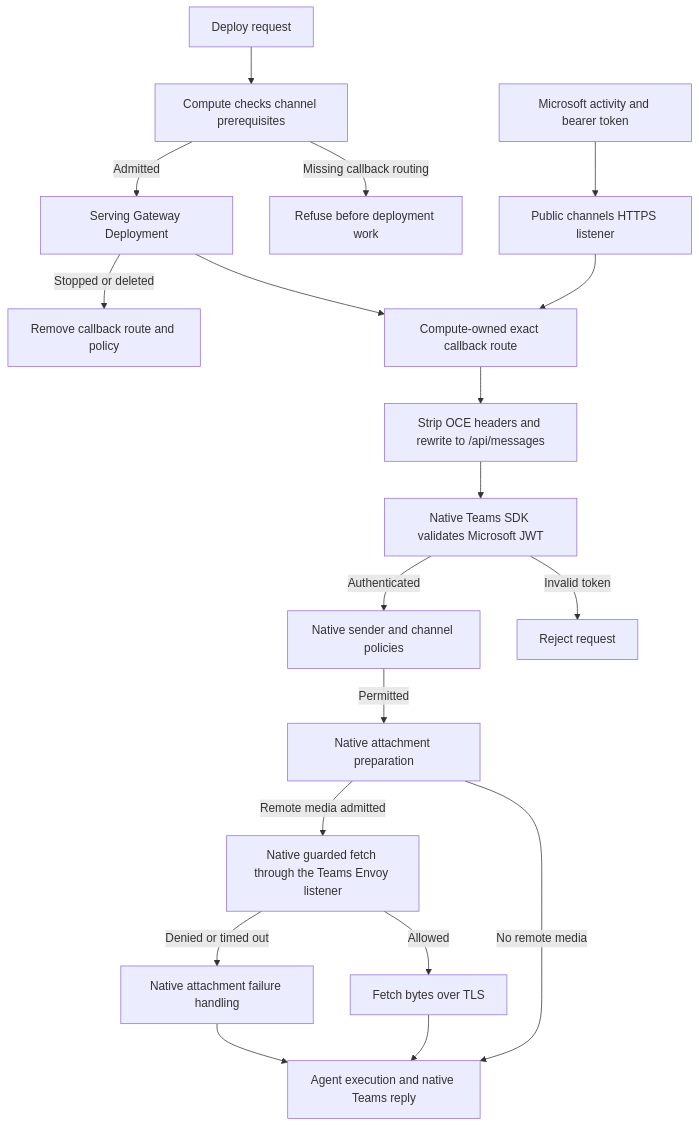
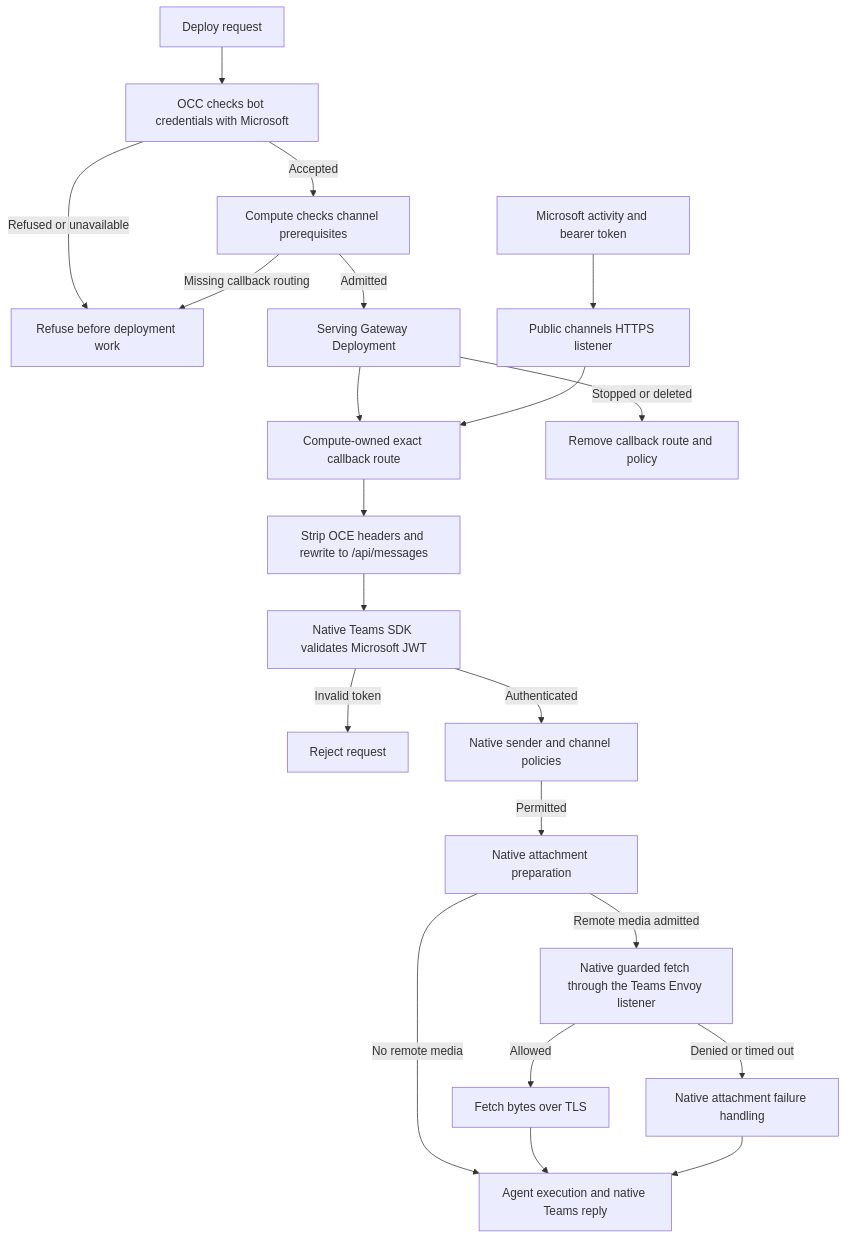
The diagram in docs/flows/agent-channel-ingress.md (raw-labs/openclaw-enterprise), drawn with Mermaid before and after one commit. The commit also changed other lines of this file and 13 other files, not shown here.

````diff
--- a/docs/flows/agent-channel-ingress.md
+++ b/docs/flows/agent-channel-ingress.md
@@ -29,21 +29,23 @@
 ```mermaid
 graph TD
-  I["Deploy request"] --> V["Compute checks channel prerequisites"]
+  I["Deploy request"] --> O["OCC checks bot credentials with Microsoft"]
+  O -->|"Refused or unavailable"| E
+  O -->|"Accepted"| V["Compute checks channel prerequisites"]
   V -->|"Missing callback routing"| E["Refuse before deployment work"]
   V -->|"Admitted"| D
   D["Serving Gateway Deployment"] --> R["Compute-owned exact callback route"]
   M["Microsoft activity and bearer token"] --> L["Public channels HTTPS listener"]
   L --> R
   R --> H["Strip OCE headers and rewrite to /api/messages"]
   H --> S["Native Teams SDK validates Microsoft JWT"]
   S -->|"Invalid token"| X["Reject request"]
   S -->|"Authenticated"| P["Native sender and channel policies"]
   P -->|"Permitted"| F["Native attachment preparation"]
   F -->|"No remote media"| A["Agent execution and native Teams reply"]
   F -->|"Remote media admitted"| Q["Native guarded fetch through the Teams Envoy listener"]
   Q -->|"Allowed"| B["Fetch bytes over TLS"]
   Q -->|"Denied or timed out"| N["Native attachment failure handling"]
   B --> A
   N --> A
   D -->|"Stopped or deleted"| C["Remove callback route and policy"]
 ```
````
